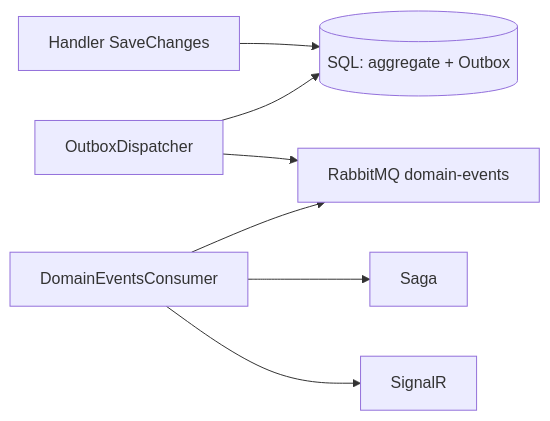
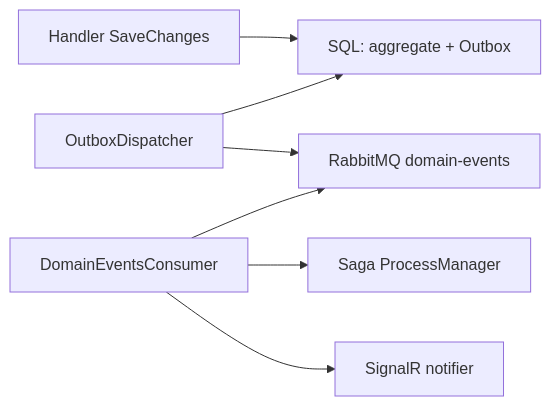
The first of 2 diagrams in docs/learning/tr/14-outbox-events.md (fdeniz07/BankApp), drawn with Mermaid before and after one commit. The commit also changed other lines of this file and 105 other files, not shown here.

First line of the commit message:
doc: Enrich learning chapters with labs, pitfalls, and safe Mermaid

````diff
--- a/docs/learning/tr/14-outbox-events.md
+++ b/docs/learning/tr/14-outbox-events.md
@@ -10,9 +14,9 @@
 ```mermaid
 flowchart LR
-  H[Handler SaveChanges] --> DB[(SQL: aggregate + Outbox)]
-  D[OutboxDispatcher] --> DB
-  D --> RMQ[RabbitMQ domain-events]
-  C[DomainEventsConsumer] --> RMQ
-  C --> PM[Saga]
-  C --> SR[SignalR]
+  H["Handler SaveChanges"] --> DB["SQL: aggregate + Outbox"]
+  D["OutboxDispatcher"] --> DB
+  D --> RMQ["RabbitMQ domain-events"]
+  C["DomainEventsConsumer"] --> RMQ
+  C --> PM["Saga ProcessManager"]
+  C --> SR["SignalR notifier"]
 ```
````
